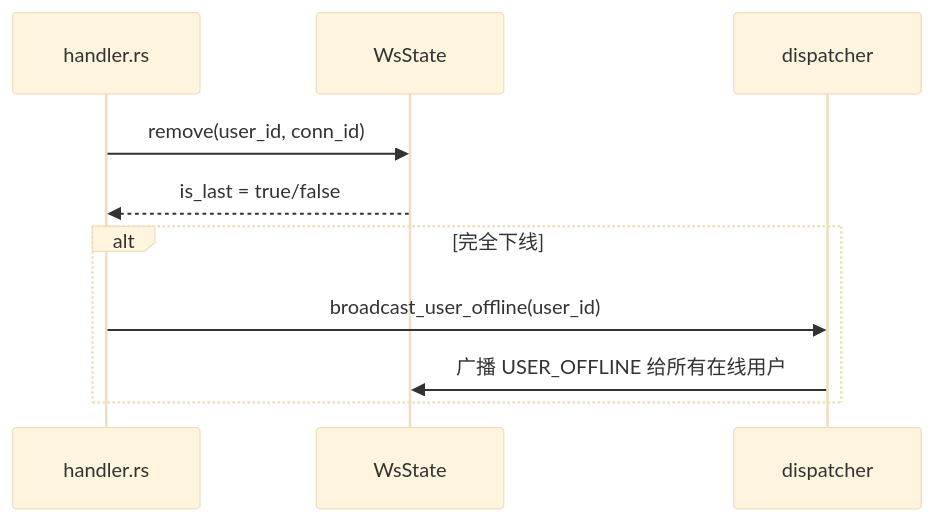
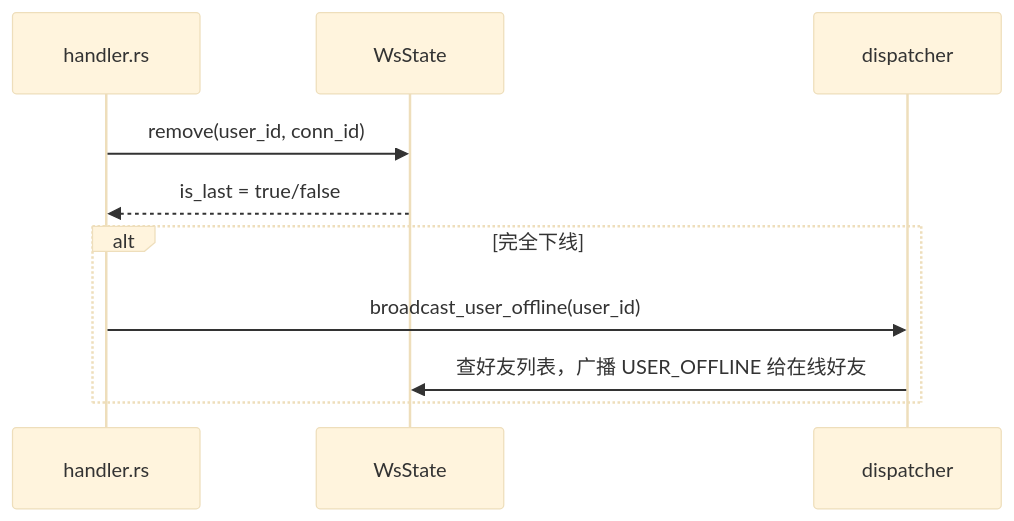
Before and after one commit to toly1994328/flash_im_by_ai: the second of 3 diagrams in docs/features/im/presence/v0.0.1/server/design.md, drawn with Mermaid (base theme). The commit also changed other lines of this file and 17 other files, not shown here.

````diff
--- a/docs/features/im/presence/v0.0.1/server/design.md
+++ b/docs/features/im/presence/v0.0.1/server/design.md
@@ -131,13 +131,13 @@
 ```mermaid
 sequenceDiagram
     participant H as handler.rs
     participant WS as WsState
     participant D as dispatcher
 
     H->>WS: remove(user_id, conn_id)
     WS-->>H: is_last = true/false
     alt 完全下线
         H->>D: broadcast_user_offline(user_id)
-        D->>WS: 广播 USER_OFFLINE 给所有在线用户
+        D->>WS: 查好友列表，广播 USER_OFFLINE 给在线好友
     end
 ```
````
